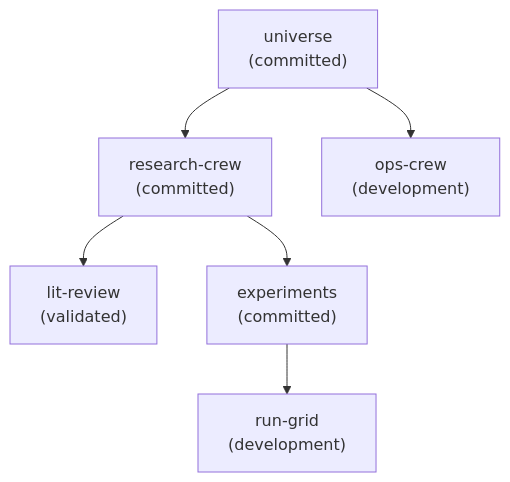
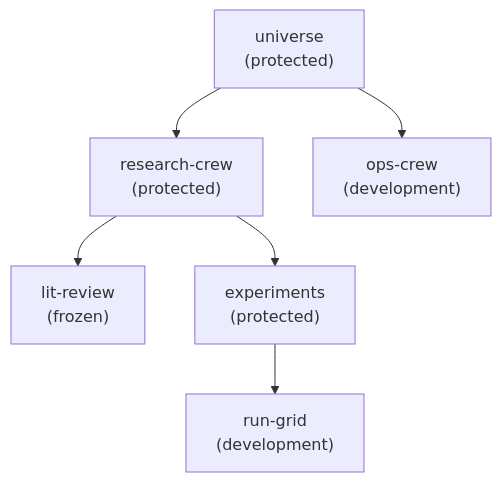
The first of 3 diagrams in docs/architecture/workspaces.md (e8kor/open-memory-lab), drawn with Mermaid before and after one commit. The commit also changed other lines of this file and 178 other files, not shown here.

First line of the commit message:
docs: the docs and the design say workspace, reviewer, protected, frozen and used_by (ADR-0091 d1, d13, d14, d15)

````diff
--- a/docs/architecture/workspaces.md
+++ b/docs/architecture/workspaces.md
@@ -27,14 +27,14 @@
 ```mermaid
 flowchart TD
-    U["universe<br/>(committed)"]
-    RC["research-crew<br/>(committed)"]
+    U["universe<br/>(protected)"]
+    RC["research-crew<br/>(protected)"]
     OC["ops-crew<br/>(development)"]
-    LR["lit-review<br/>(validated)"]
-    EX["experiments<br/>(committed)"]
+    LR["lit-review<br/>(frozen)"]
+    EX["experiments<br/>(protected)"]
     RG["run-grid<br/>(development)"]
     U --> RC
     U --> OC
     RC --> LR
     RC --> EX
     EX --> RG
 ```
````
